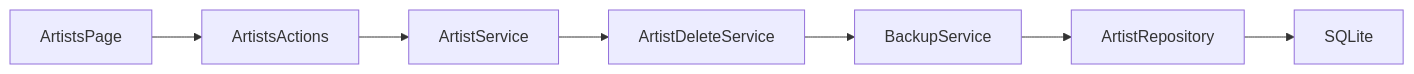
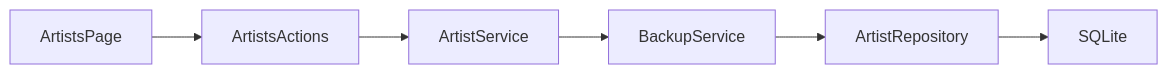
One commit to PKT0623/PixivLocalManager changed the seventh of 24 diagrams in docs/07_ARCHITECTURE.md. Above: the diagram before and after it, drawn with Mermaid. The commit also changed other lines of this file and 10 other files, not shown here.

Commit message:
docs: update V2 completion status and V3 roadmap

````diff
--- a/docs/07_ARCHITECTURE.md
+++ b/docs/07_ARCHITECTURE.md
@@ -426,11 +423,10 @@
 ```mermaid
 flowchart LR
 
 ArtistsPage
 --> ArtistsActions
 --> ArtistService
---> ArtistDeleteService
 --> BackupService
 --> ArtistRepository
 --> SQLite
 ```
````
